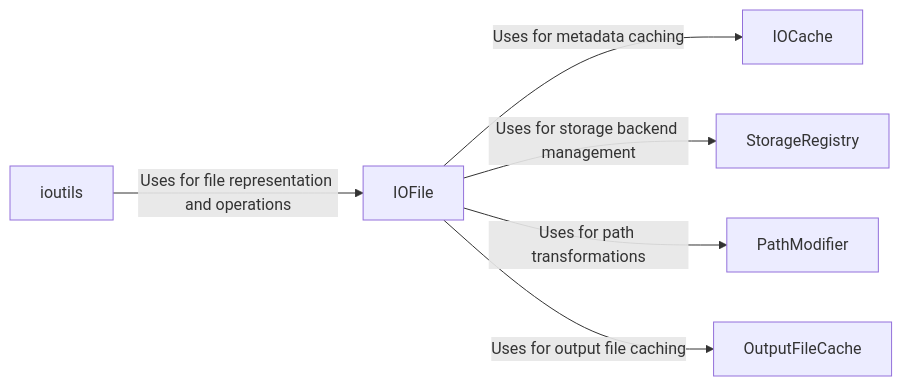
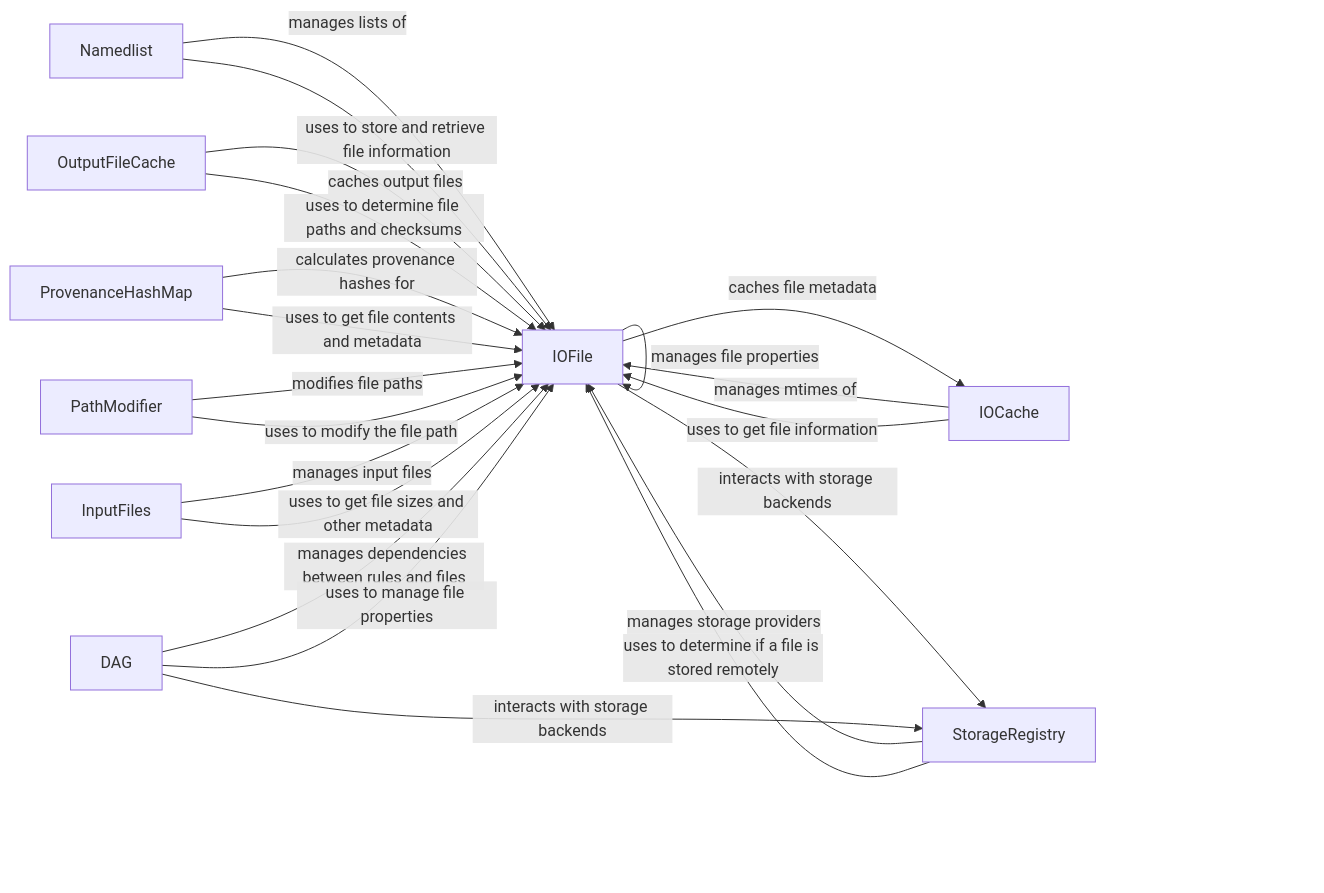
Before and after one commit to CodeBoarding/GeneratedOnBoardings: the diagram in snakemake/I-O and Storage Management.md, drawn with Mermaid. The commit also changed other lines of this file and 11 other files, not shown here.

````diff
--- a/snakemake/I-O and Storage Management.md
+++ b/snakemake/I-O and Storage Management.md
@@ -1,14 +1,32 @@
 ```mermaid
 graph LR
     IOFile["IOFile"]
     IOCache["IOCache"]
+    Namedlist["Namedlist"]
+    OutputFileCache["OutputFileCache"]
+    ProvenanceHashMap["ProvenanceHashMap"]
     StorageRegistry["StorageRegistry"]
-    OutputFileCache["OutputFileCache"]
     PathModifier["PathModifier"]
-    ioutils["ioutils"]
-    ioutils -- "Uses for file representation and operations" --> IOFile
-    IOFile -- "Uses for metadata caching" --> IOCache
-    IOFile -- "Uses for storage backend management" --> StorageRegistry
-    IOFile -- "Uses for path transformations" --> PathModifier
-    IOFile -- "Uses for output file caching" --> OutputFileCache
+    InputFiles["InputFiles"]
+    DAG["DAG"]
+    IOCache -- "manages mtimes of" --> IOFile
+    IOCache -- "uses to get file information" --> IOFile
+    IOFile -- "caches file metadata" --> IOCache
+    IOFile -- "manages file properties" --> IOFile
+    IOFile -- "interacts with storage backends" --> StorageRegistry
+    Namedlist -- "manages lists of" --> IOFile
+    Namedlist -- "uses to store and retrieve file information" --> IOFile
+    OutputFileCache -- "caches output files" --> IOFile
+    OutputFileCache -- "uses to determine file paths and checksums" --> IOFile
+    ProvenanceHashMap -- "calculates provenance hashes for" --> IOFile
+    ProvenanceHashMap -- "uses to get file contents and metadata" --> IOFile
+    StorageRegistry -- "manages storage providers" --> IOFile
+    StorageRegistry -- "uses to determine if a file is stored remotely" --> IOFile
+    PathModifier -- "modifies file paths" --> IOFile
+    PathModifier -- "uses to modify the file path" --> IOFile
+    InputFiles -- "manages input files" --> IOFile
+    InputFiles -- "uses to get file sizes and other metadata" --> IOFile
+    DAG -- "manages dependencies between rules and files" --> IOFile
+    DAG -- "uses to manage file properties" --> IOFile
+    DAG -- "interacts with storage backends" --> StorageRegistry
 ```
````
